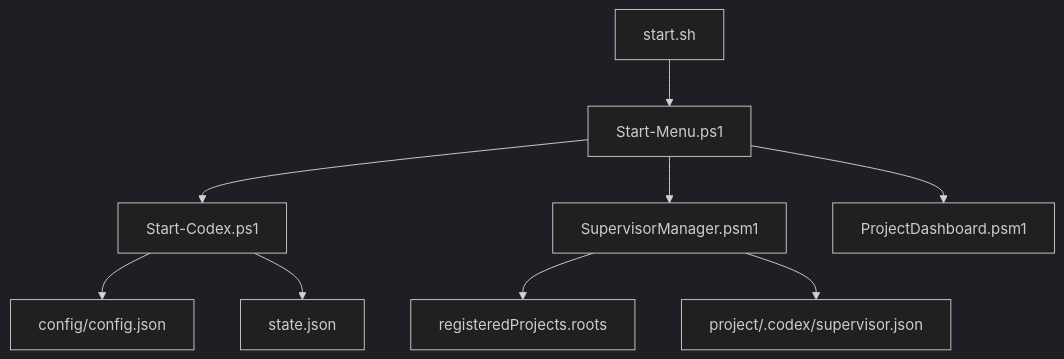
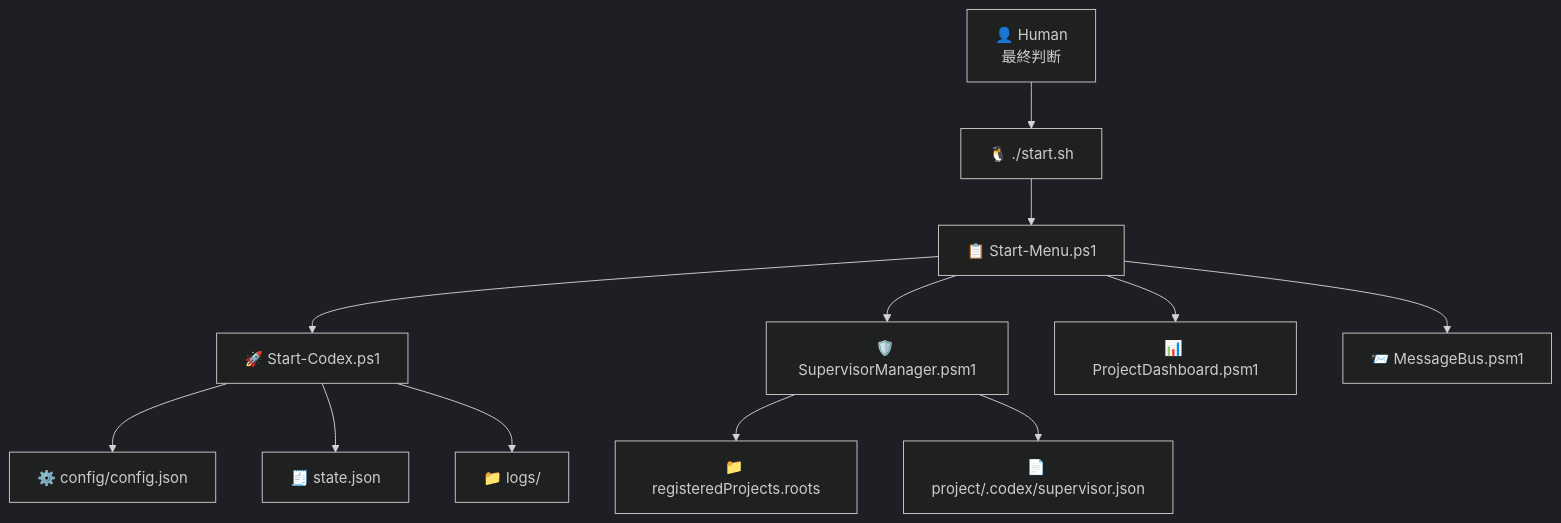
One commit to Kensan196948G/Codex-StartUpTools-New-Linux changed the first of 8 diagrams in README.md. Above: the diagram before and after it, drawn with Mermaid (dark theme). The commit also changed other lines of this file and 6 other files, not shown here.

````diff
--- a/README.md
+++ b/README.md
@@ -21,11 +49,14 @@
 ```mermaid
 flowchart TD
-    B[start.sh] --> M[Start-Menu.ps1]
-    M --> C[Start-Codex.ps1]
-    M --> S[SupervisorManager.psm1]
-    M --> D[ProjectDashboard.psm1]
-    C --> CFG[config/config.json]
-    C --> ST[state.json]
-    S --> RP[registeredProjects.roots]
-    S --> OUT[project/.codex/supervisor.json]
+    A["👤 Human<br/>最終判断"] --> B["🐧 ./start.sh"]
+    B --> C["📋 Start-Menu.ps1"]
+    C --> D["🚀 Start-Codex.ps1"]
+    C --> E["🛡️ SupervisorManager.psm1"]
+    C --> F["📊 ProjectDashboard.psm1"]
+    C --> G["📨 MessageBus.psm1"]
+    D --> H["⚙️ config/config.json"]
+    D --> I["🧾 state.json"]
+    D --> J["📁 logs/"]
+    E --> K["📁 registeredProjects.roots"]
+    E --> L["📄 project/.codex/supervisor.json"]
 ```
````
